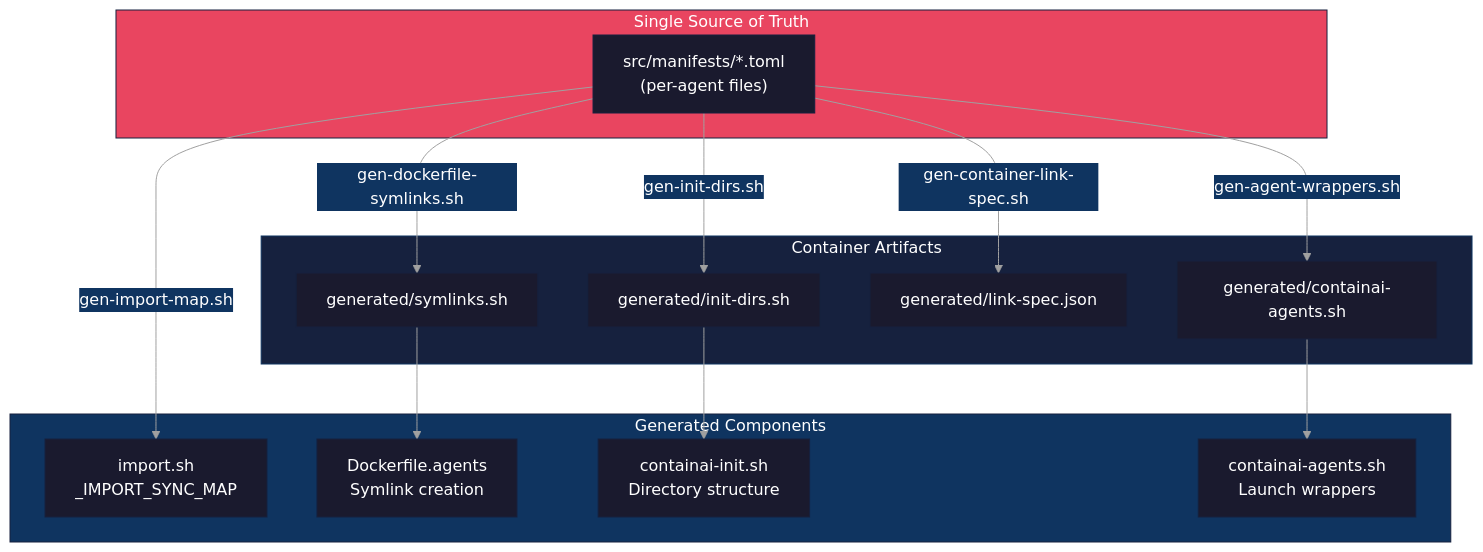
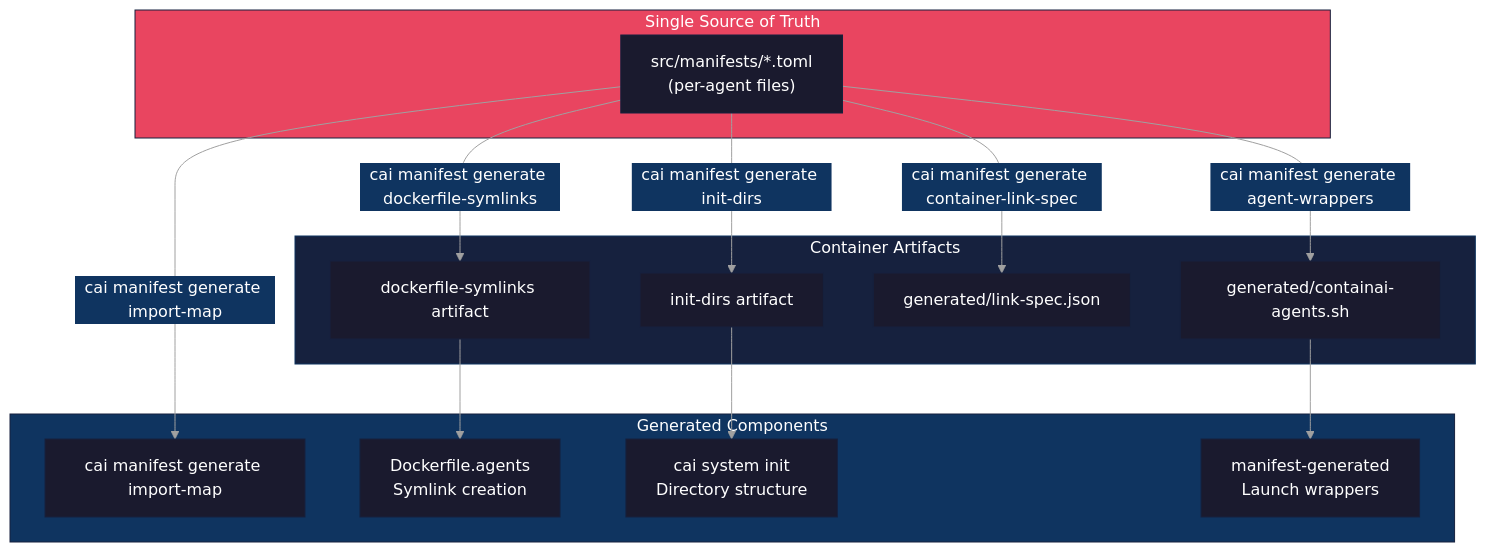
Before and after one commit to novotnyllc/ContainAI: the second of 3 diagrams in docs/sync-architecture.md, drawn with Mermaid. The commit also changed other lines of this file and 9 other files, not shown here.

````diff
--- a/docs/sync-architecture.md
+++ b/docs/sync-architecture.md
@@ -50,44 +50,44 @@
 ```mermaid
 %%{init: {'theme': 'base', 'themeVariables': {
   'primaryColor': '#1a1a2e',
   'primaryTextColor': '#ffffff',
   'primaryBorderColor': '#16213e',
   'secondaryColor': '#0f3460',
   'tertiaryColor': '#1a1a2e',
   'lineColor': '#a0a0a0',
   'textColor': '#ffffff',
   'background': '#0d1117'
 }}}%%
 flowchart TB
     subgraph Source["Single Source of Truth"]
         Manifests["src/manifests/*.toml<br/>(per-agent files)"]
     end
 
     subgraph Components["Generated Components"]
-        Import["import.sh<br/>_IMPORT_SYNC_MAP"]
+        Import["cai manifest generate import-map"]
         Dockerfile["Dockerfile.agents<br/>Symlink creation"]
-        Init["containai-init.sh<br/>Directory structure"]
-        Wrappers["containai-agents.sh<br/>Launch wrappers"]
+        Init["cai system init<br/>Directory structure"]
+        Wrappers["manifest-generated<br/>Launch wrappers"]
     end
 
     subgraph Artifacts["Container Artifacts"]
-        SymlinksScript["generated/symlinks.sh"]
-        InitDirs["generated/init-dirs.sh"]
+        SymlinksScript["dockerfile-symlinks artifact"]
+        InitDirs["init-dirs artifact"]
         LinkSpec["generated/link-spec.json"]
         AgentWrappers["generated/containai-agents.sh"]
     end
 
-    Manifests -->|"gen-import-map.sh"| Import
-    Manifests -->|"gen-dockerfile-symlinks.sh"| SymlinksScript
-    Manifests -->|"gen-init-dirs.sh"| InitDirs
-    Manifests -->|"gen-container-link-spec.sh"| LinkSpec
-    Manifests -->|"gen-agent-wrappers.sh"| AgentWrappers
+    Manifests -->|"cai manifest generate import-map"| Import
+    Manifests -->|"cai manifest generate dockerfile-symlinks"| SymlinksScript
+    Manifests -->|"cai manifest generate init-dirs"| InitDirs
+    Manifests -->|"cai manifest generate container-link-spec"| LinkSpec
+    Manifests -->|"cai manifest generate agent-wrappers"| AgentWrappers
 
     SymlinksScript --> Dockerfile
     InitDirs --> Init
     AgentWrappers --> Wrappers
 
     style Source fill:#e94560,stroke:#16213e,color:#fff
     style Components fill:#0f3460,stroke:#16213e,color:#fff
     style Artifacts fill:#16213e,stroke:#0f3460,color:#fff
 ```
````
